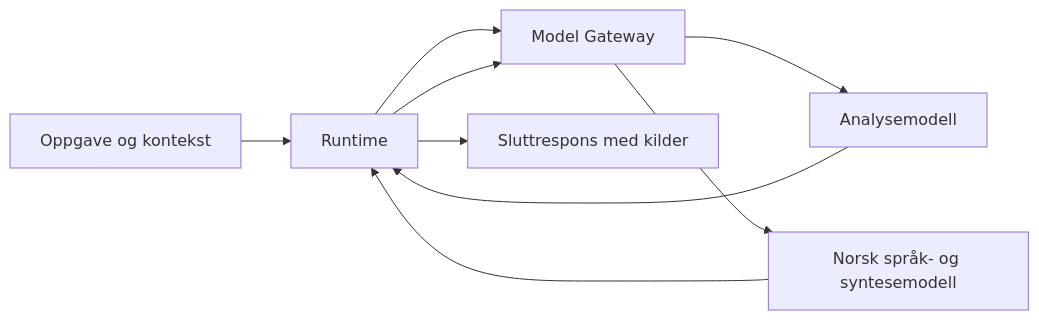
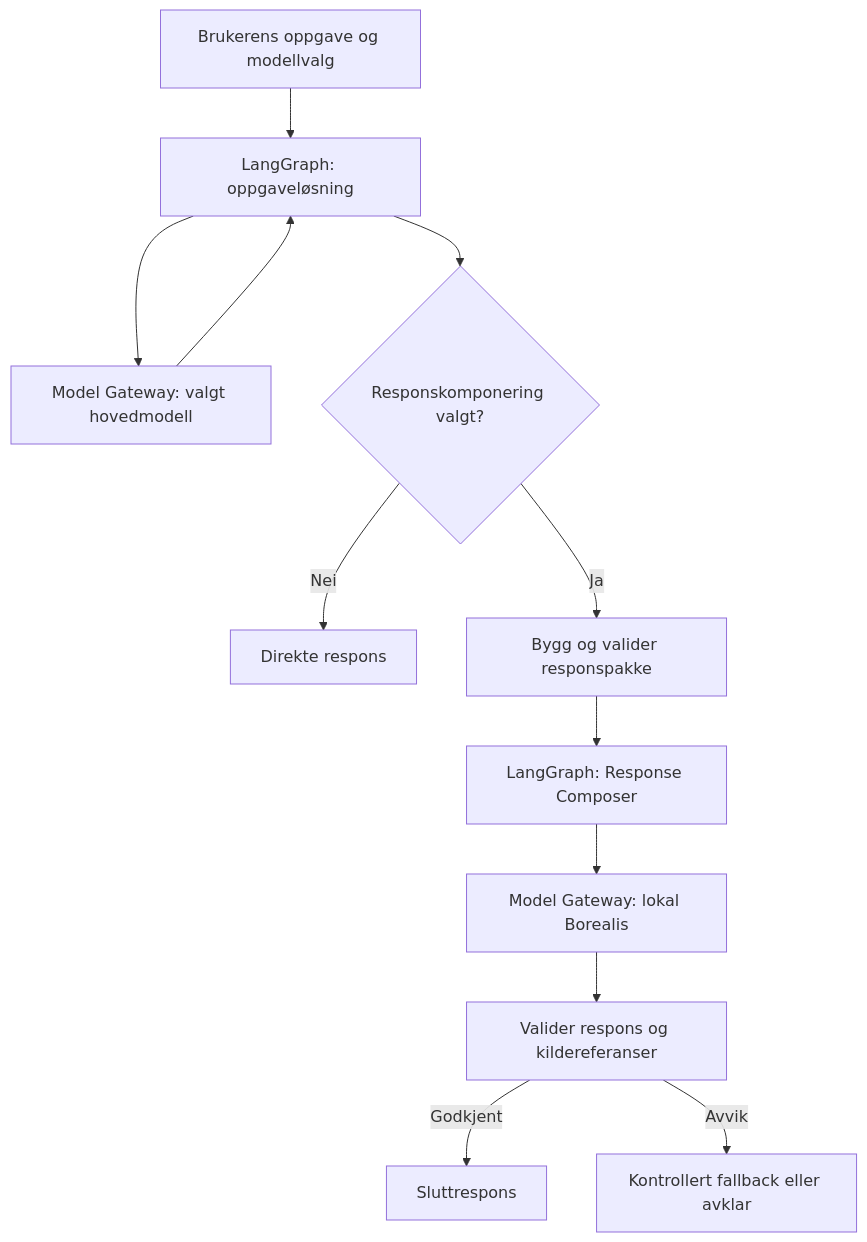
The second of 2 diagrams in docs/utviklere/modeller.mdx (IvarRosenbergHVL/hvl-ki-documentation), drawn with Mermaid before and after one commit. The commit also changed other lines of this file and 3 other files, not shown here.

Commit message:
Specify optional Borealis response composer in LangGraph and minimal Model Gateway

````diff
--- a/docs/utviklere/modeller.mdx
+++ b/docs/utviklere/modeller.mdx
@@ -45,11 +51,14 @@
 ```mermaid
-flowchart LR
- A[Oppgave og kontekst] --> R[Runtime]
- R --> G[Model Gateway]
- G --> M[Analysemodell]
- M --> R
- R --> G
- G --> S[Norsk språk- og syntesemodell]
- S --> R
- R --> F[Sluttrespons med kilder]
+flowchart TD
+ A[Brukerens oppgave og modellvalg] --> B[LangGraph: oppgaveløsning]
+ B --> G1[Model Gateway: valgt hovedmodell]
+ G1 --> B
+ B --> D{Responskomponering valgt?}
+ D -->|Nei| F[Direkte respons]
+ D -->|Ja| C[Bygg og valider responspakke]
+ C --> R[LangGraph: Response Composer]
+ R --> G2[Model Gateway: lokal Borealis]
+ G2 --> V[Valider respons og kildereferanser]
+ V -->|Godkjent| S[Sluttrespons]
+ V -->|Avvik| H[Kontrollert fallback eller avklar]
 ```
````
